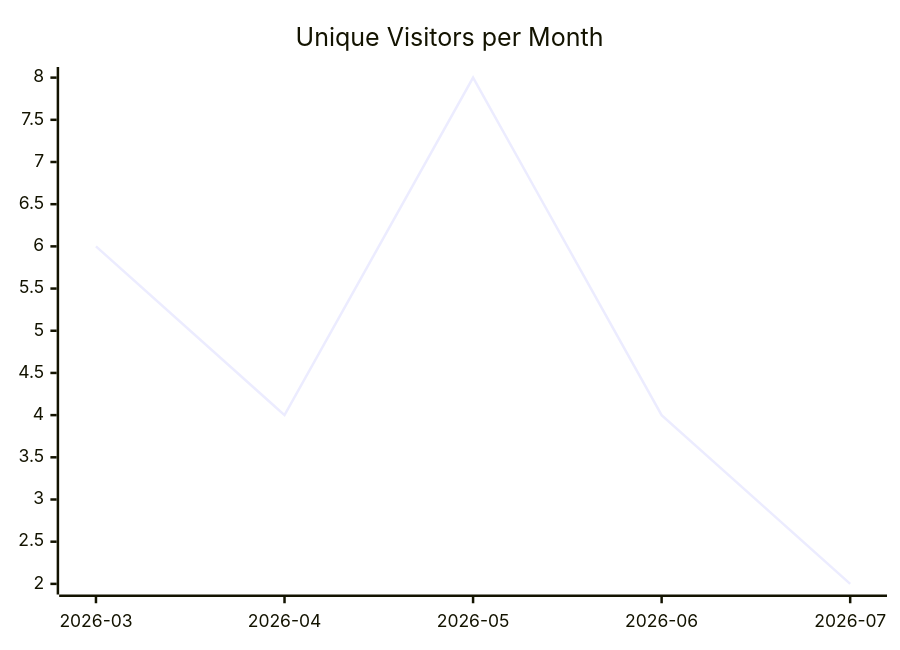
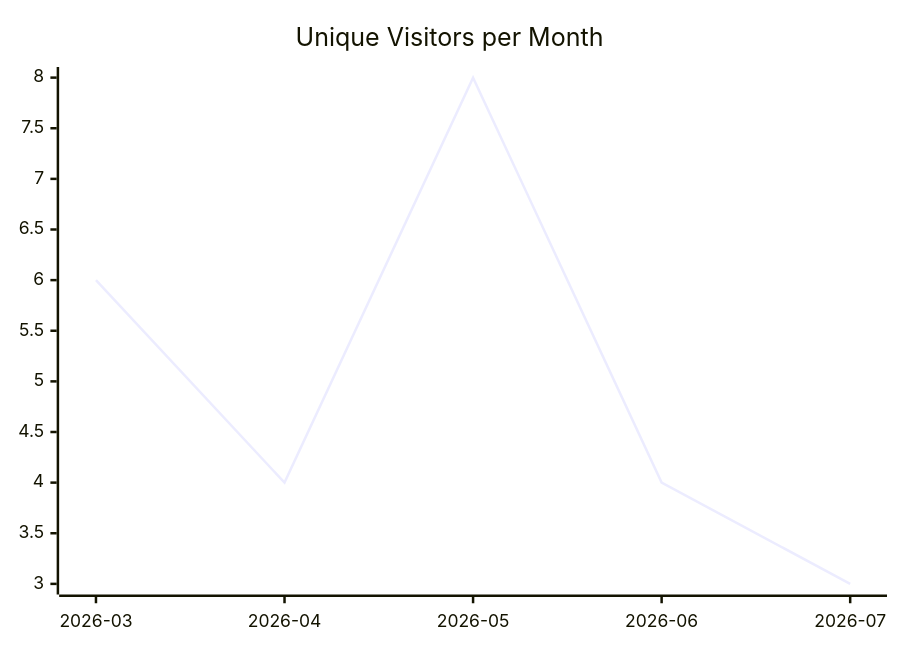
The first of 3 diagrams in karlmdavis/xmlpull/README.md (justdavis-family/github-analytics-data), drawn with Mermaid before and after one commit. The commit also changed other lines of this file and 166 other files, not shown here.

````diff
--- a/karlmdavis/xmlpull/README.md
+++ b/karlmdavis/xmlpull/README.md
@@ -5,6 +5,6 @@
 ```mermaid
 xychart-beta
   title "Unique Visitors per Month"
   x-axis ["2026-03", "2026-04", "2026-05", "2026-06", "2026-07"]
-  line [6, 4, 8, 4, 2]
+  line [6, 4, 8, 4, 3]
 ```
````
